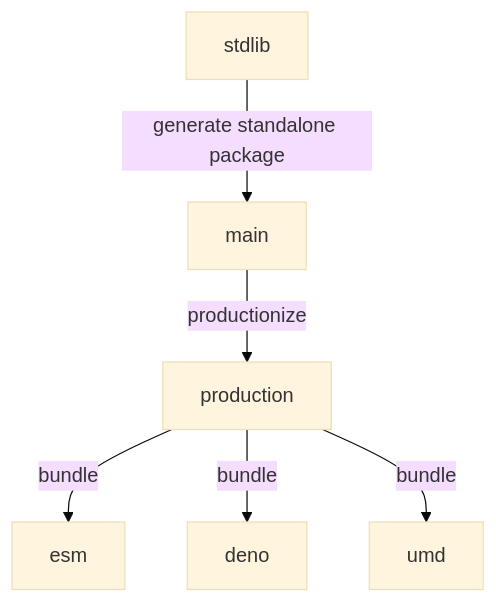
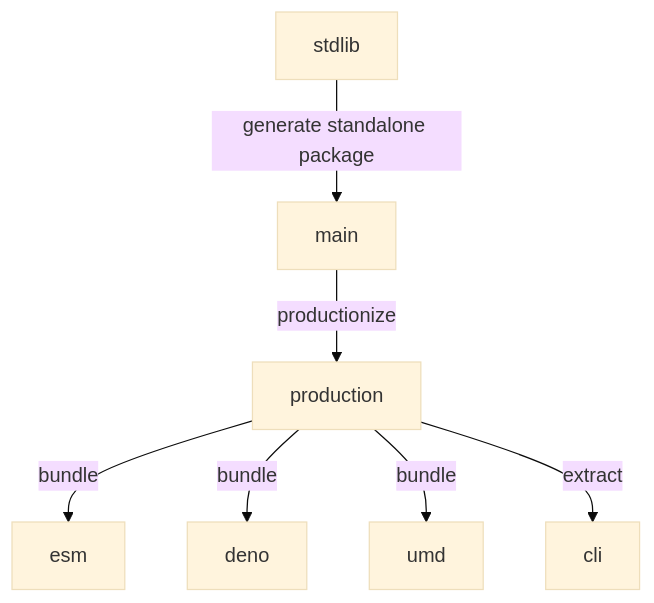
Before and after one commit to stdlib-js/assert-is-little-endian: the diagram in branches.md, drawn with Mermaid (base theme). The commit also changed other lines of this file and 8 other files, not shown here.

````diff
--- a/branches.md
+++ b/branches.md
@@ -33,15 +34,17 @@
 ```mermaid
 graph TD;
 A[stdlib]-->|generate standalone package|B;
 B[main] -->|productionize| C[production];
 C -->|bundle| D[esm];
 C -->|bundle| E[deno];
 C -->|bundle| F[umd];
+C -->|extract| G[cli];
 
-click A href "https://github.com/stdlib-js/stdlib/tree/develop/lib/node_modules/%40stdlib/assert/is-little-endian"
-click B href "https://github.com/stdlib-js/assert-is-little-endian/tree/main"
-click C href "https://github.com/stdlib-js/assert-is-little-endian/tree/production"
-click D href "https://github.com/stdlib-js/assert-is-little-endian/tree/esm"
-click E href "https://github.com/stdlib-js/assert-is-little-endian/tree/deno"
-click F href "https://github.com/stdlib-js/assert-is-little-endian/tree/umd"
+%% click A href "https://github.com/stdlib-js/stdlib/tree/develop/lib/node_modules/%40stdlib/assert/is-little-endian"
+%% click B href "https://github.com/stdlib-js/assert-is-little-endian/tree/main"
+%% click C href "https://github.com/stdlib-js/assert-is-little-endian/tree/production"
+%% click D href "https://github.com/stdlib-js/assert-is-little-endian/tree/esm"
+%% click E href "https://github.com/stdlib-js/assert-is-little-endian/tree/deno"
+%% click F href "https://github.com/stdlib-js/assert-is-little-endian/tree/umd"
+%% click G href "https://github.com/stdlib-js/assert-is-little-endian/tree/cli"
 ```
````
